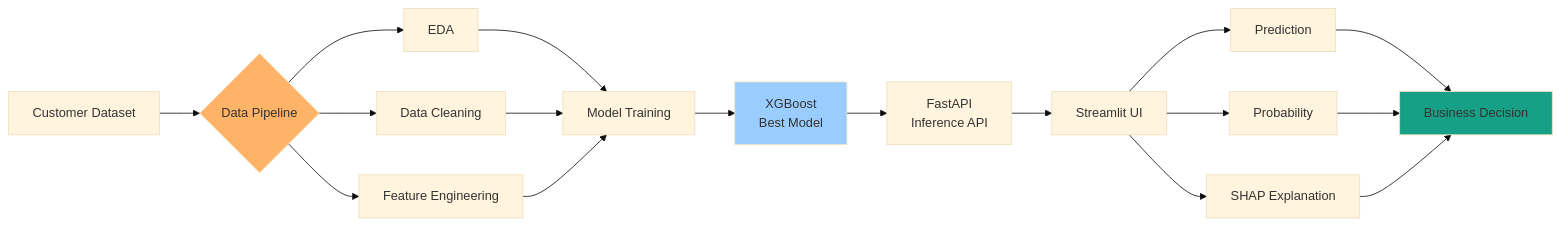
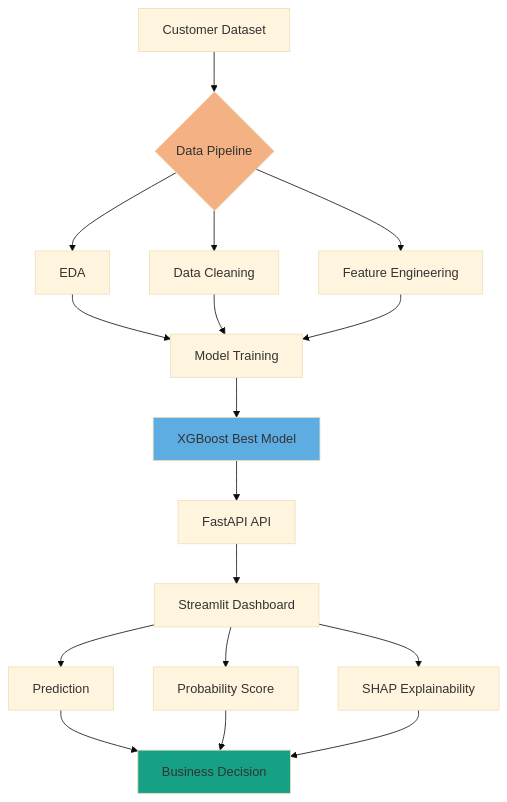
The diagram in README.md (BatthulaVinay/End-to-End-Machine-Learning-Churn-Prediction), drawn with Mermaid (base theme) before and after one commit. The commit also changed other lines of this file, not shown here.

````diff
--- a/README.md
+++ b/README.md
@@ -58,30 +58,31 @@
 ```mermaid
-graph LR
-    A[Customer Dataset] --> B{Data Pipeline}
+graph TD
+    A[Customer Dataset]
+        --> B{Data Pipeline}
 
     B --> C[EDA]
     B --> D[Data Cleaning]
     B --> E[Feature Engineering]
 
     C --> F[Model Training]
     D --> F
     E --> F
 
-    F --> G[XGBoost<br/>Best Model]
+    F --> G[XGBoost Best Model]
 
-    G --> H[FastAPI<br/>Inference API]
+    G --> H[FastAPI API]
 
-    H --> I[Streamlit UI]
+    H --> I[Streamlit Dashboard]
 
     I --> J[Prediction]
-    I --> K[Probability]
-    I --> L[SHAP Explanation]
+    I --> K[Probability Score]
+    I --> L[SHAP Explainability]
 
     J --> M[Business Decision]
     K --> M
     L --> M
 
-    style B fill:#ffb366
-    style G fill:#99ccff
+    style B fill:#F4B183
+    style G fill:#5DADE2
     style M fill:#16A085
 ```
````
